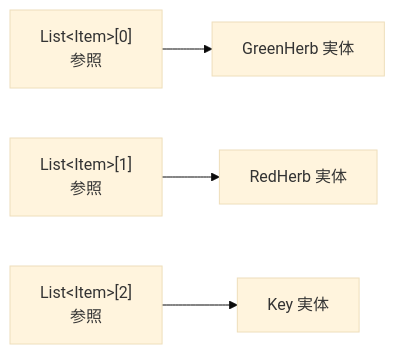
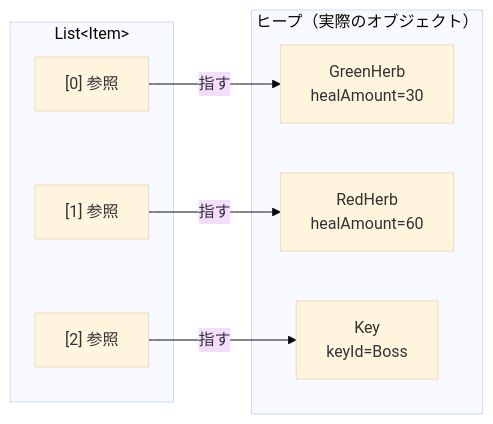
The first of 12 diagrams in CsharpVer/chapter-07-smartptr.md (fuddt/Cplus), drawn with Mermaid (base theme) before and after one commit. The commit also changed other lines of this file, not shown here.

````diff
--- a/CsharpVer/chapter-07-smartptr.md
+++ b/CsharpVer/chapter-07-smartptr.md
@@ -17,6 +25,18 @@
 ```mermaid
 flowchart LR
-    L0["List&lt;Item&gt;[0]<br/>参照"] --> G["GreenHerb 実体"]
-    L1["List&lt;Item&gt;[1]<br/>参照"] --> R["RedHerb 実体"]
-    L2["List&lt;Item&gt;[2]<br/>参照"] --> K["Key 実体"]
+    subgraph list["List&lt;Item&gt;"]
+        L0["[0] 参照"]
+        L1["[1] 参照"]
+        L2["[2] 参照"]
+    end
+
+    subgraph heap["ヒープ（実際のオブジェクト）"]
+        G["GreenHerb<br/>healAmount=30"]
+        R["RedHerb<br/>healAmount=60"]
+        K["Key<br/>keyId=Boss"]
+    end
+
+    L0 -->|"指す"| G
+    L1 -->|"指す"| R
+    L2 -->|"指す"| K
 ```
````
